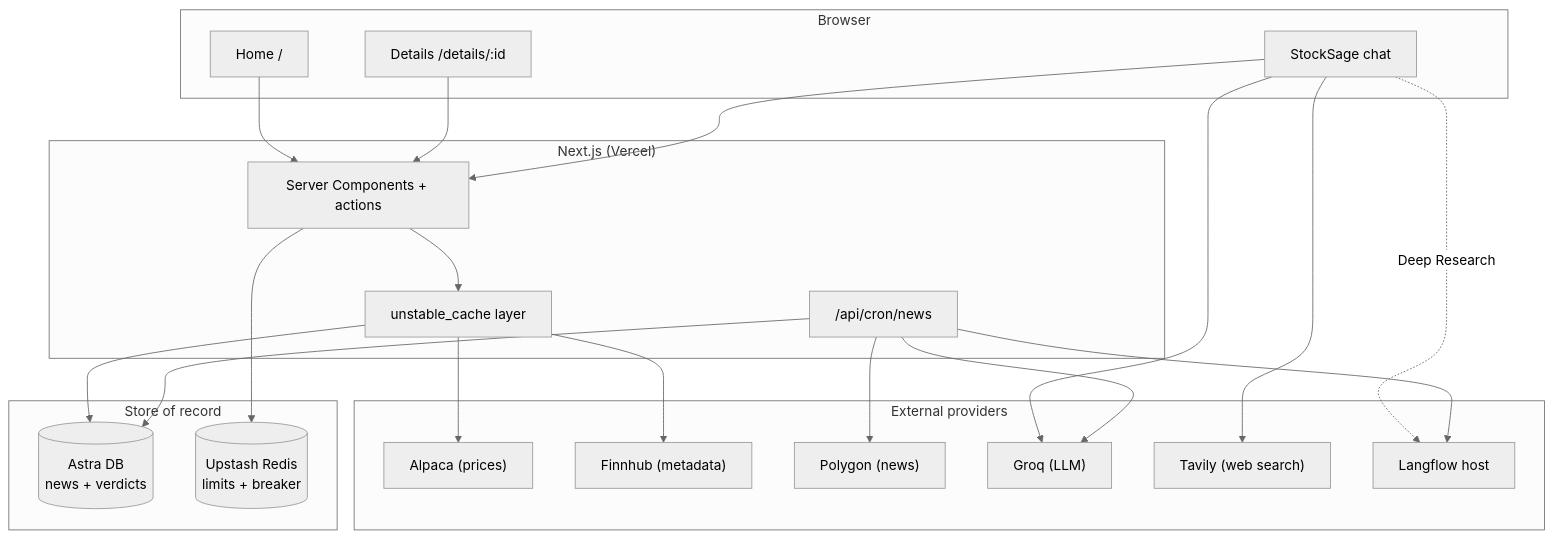
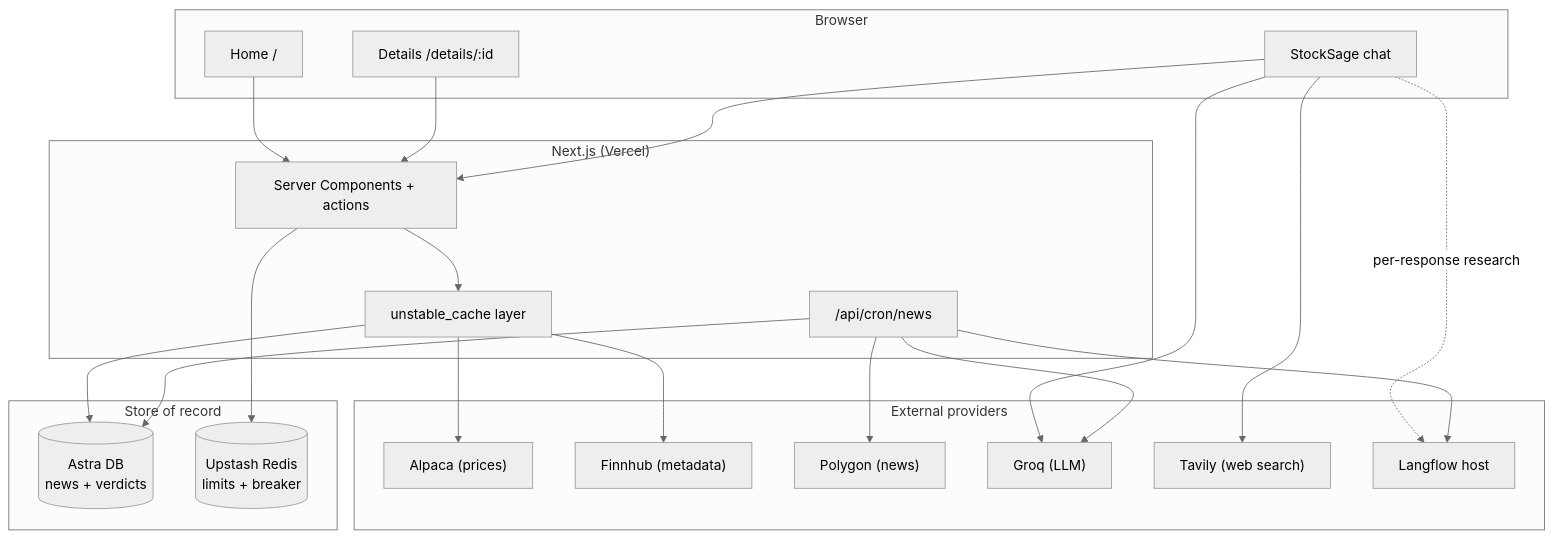
One commit to HarshitBadam/trade-intel changed the first of 2 diagrams in docs/architecture.md. Above: the diagram before and after it, drawn with Mermaid (neutral theme). The commit also changed other lines of this file and 47 other files, not shown here.

Commit message:
feat(stocksage): add policy-driven selective research chat

````diff
--- a/docs/architecture.md
+++ b/docs/architecture.md
@@ -13,45 +13,45 @@
 ```mermaid
 flowchart TB
   subgraph client["Browser"]
     HOME["Home /"]
     DETAIL["Details /details/:id"]
     CHAT["StockSage chat"]
   end
 
   subgraph next["Next.js (Vercel)"]
     RSC["Server Components + actions"]
     CACHE["unstable_cache layer"]
     CRON["/api/cron/news"]
   end
 
   subgraph store["Store of record"]
     ASTRA[(Astra DB<br/>news + verdicts)]
     REDIS[(Upstash Redis<br/>limits + breaker)]
   end
 
   subgraph providers["External providers"]
     ALPACA["Alpaca (prices)"]
     FINNHUB["Finnhub (metadata)"]
     POLYGON["Polygon (news)"]
     GROQ["Groq (LLM)"]
     TAVILY["Tavily (web search)"]
     LANGFLOW["Langflow host"]
   end
 
   HOME --> RSC
   DETAIL --> RSC
   CHAT --> RSC
   RSC --> CACHE
   CACHE --> ASTRA
   CACHE --> ALPACA
   CACHE --> FINNHUB
   RSC --> REDIS
   CHAT --> GROQ
   CHAT --> TAVILY
-  CHAT -.Deep Research.-> LANGFLOW
+  CHAT -.per-response research.-> LANGFLOW
 
   CRON --> POLYGON
   CRON --> GROQ
   CRON --> LANGFLOW
   CRON --> ASTRA
 ```
````
